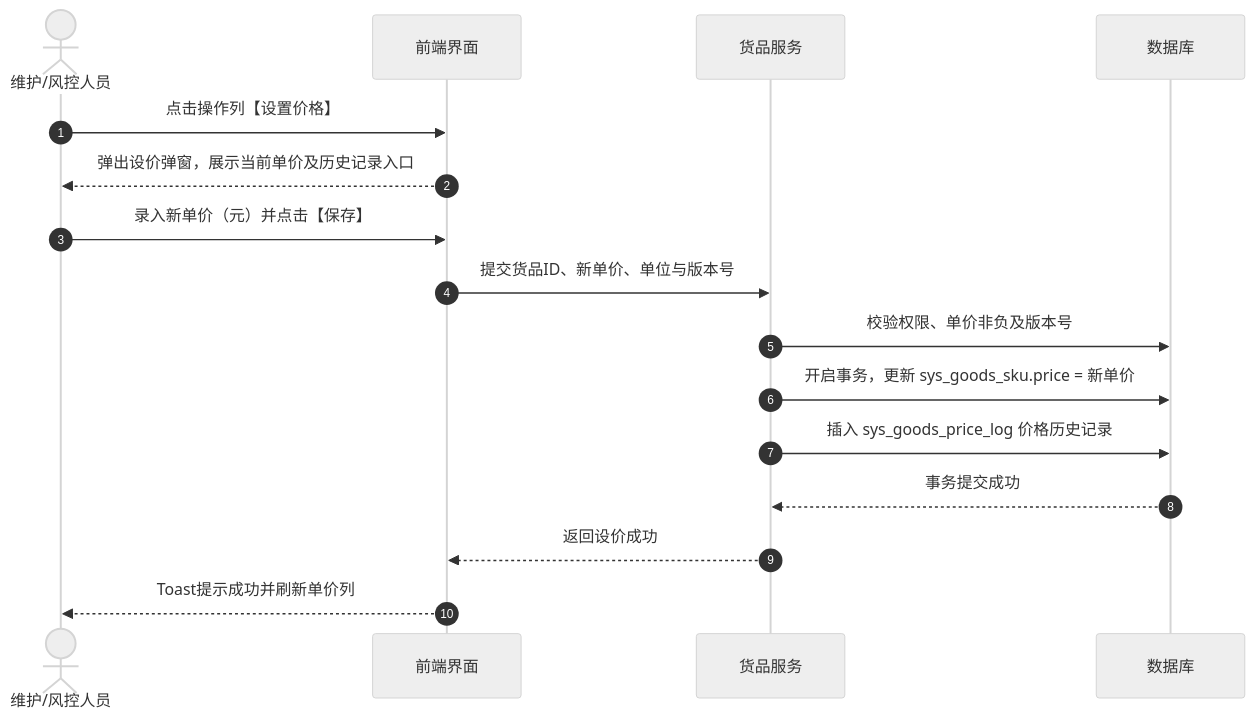
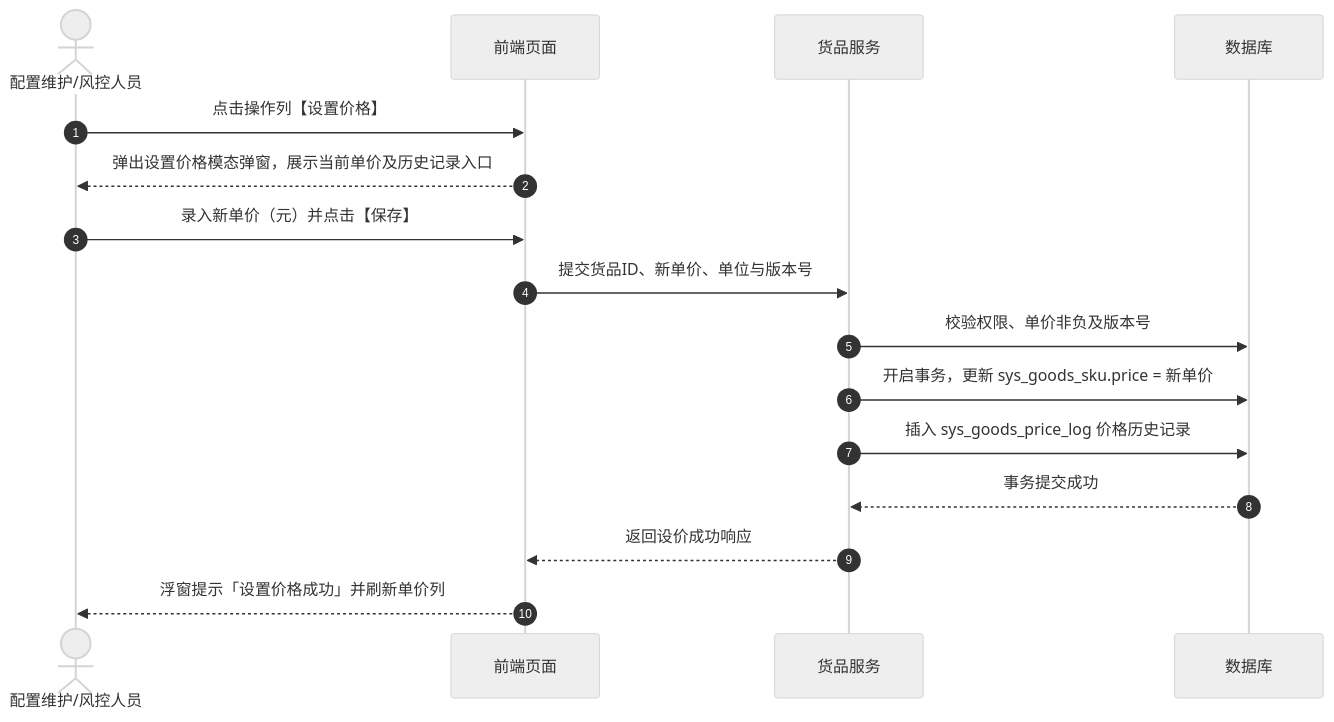
One commit to RobertHuang999/SYZC changed the second of 3 diagrams in 02-PRD文档/🌟🌟🌟-最新基准版/B端PC/08-配置管理/14-货品规格管理-货品管理/货品管理业务规则规格.md. Above: the diagram before and after it, drawn with Mermaid (neutral theme). The commit also changed other lines of this file and 264 other files, not shown here.

````diff
--- a/02-PRD文档/🌟🌟🌟-最新基准版/B端PC/08-配置管理/14-货品规格管理-货品管理/货品管理业务规则规格.md
+++ b/02-PRD文档/🌟🌟🌟-最新基准版/B端PC/08-配置管理/14-货品规格管理-货品管理/货品管理业务规则规格.md
@@ -155,19 +164,19 @@
 ```mermaid
 sequenceDiagram
     autonumber
-    actor U as 维护/风控人员
-    participant F as 前端界面
+    actor U as 配置维护/风控人员
+    participant F as 前端页面
     participant B as 货品服务
     participant DB as 数据库
 
     U->>F: 点击操作列【设置价格】
-    F-->>U: 弹出设价弹窗，展示当前单价及历史记录入口
+    F-->>U: 弹出设置价格模态弹窗，展示当前单价及历史记录入口
     U->>F: 录入新单价（元）并点击【保存】
     F->>B: 提交货品ID、新单价、单位与版本号
     B->>DB: 校验权限、单价非负及版本号
     B->>DB: 开启事务，更新 sys_goods_sku.price = 新单价
     B->>DB: 插入 sys_goods_price_log 价格历史记录
     DB-->>B: 事务提交成功
-    B-->>F: 返回设价成功
-    F-->>U: Toast提示成功并刷新单价列
+    B-->>F: 返回设价成功响应
+    F-->>U: 浮窗提示「设置价格成功」并刷新单价列
 ```
````
